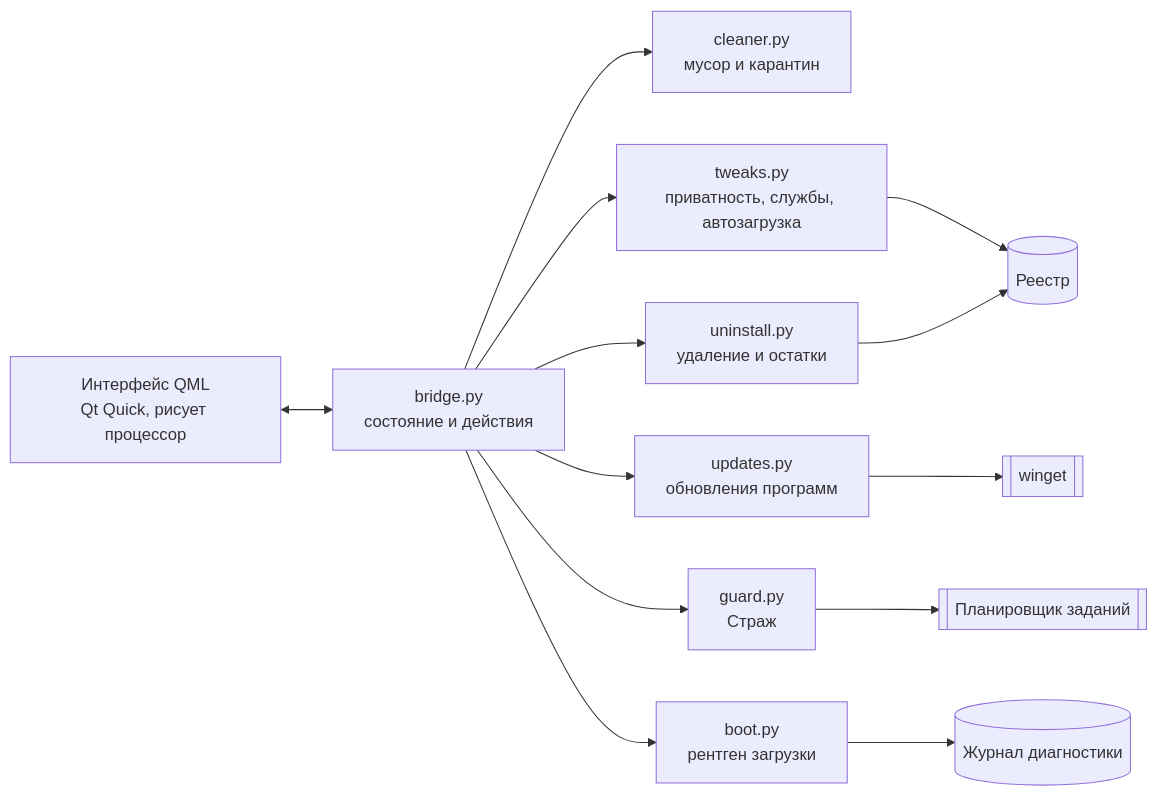
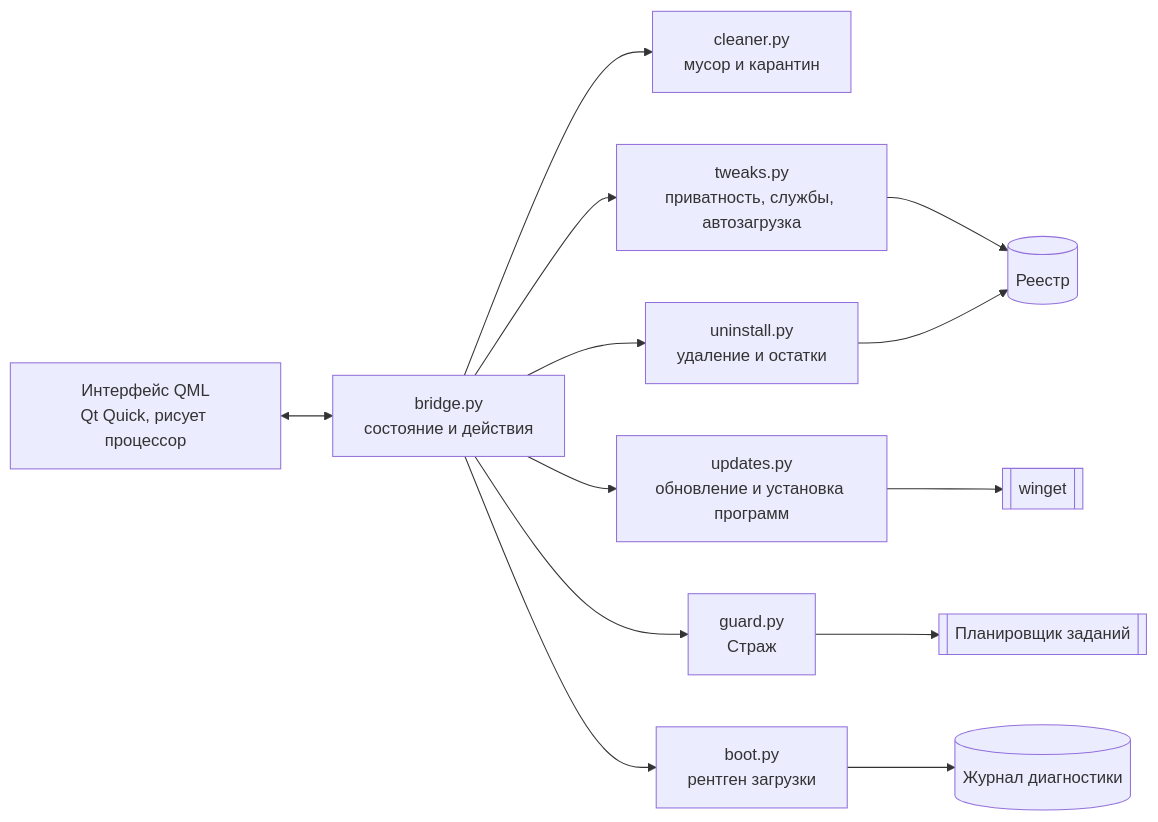
The diagram in README.ru.md (drakedog-dev/sweep), drawn with Mermaid before and after one commit. The commit also changed other lines of this file and 11 other files, not shown here.

````diff
--- a/README.ru.md
+++ b/README.ru.md
@@ -176,15 +178,15 @@
 ```mermaid
 flowchart LR
     UI["Интерфейс QML<br/>Qt Quick, рисует процессор"] <--> B["bridge.py<br/>состояние и действия"]
     B --> C["cleaner.py<br/>мусор и карантин"]
     B --> T["tweaks.py<br/>приватность, службы, автозагрузка"]
     B --> U["uninstall.py<br/>удаление и остатки"]
-    B --> W["updates.py<br/>обновления программ"]
+    B --> W["updates.py<br/>обновление и установка программ"]
     B --> G["guard.py<br/>Страж"]
     B --> X["boot.py<br/>рентген загрузки"]
     T --> R[("Реестр")]
     U --> R
     W --> WG[["winget"]]
     G --> TS[["Планировщик заданий"]]
     X --> EV[("Журнал диагностики")]
 ```
````
